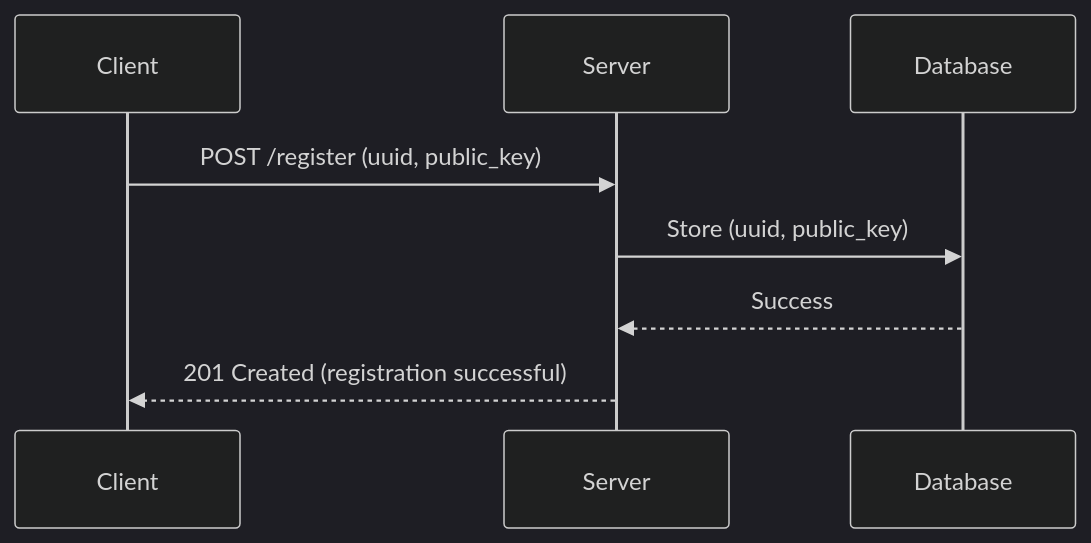
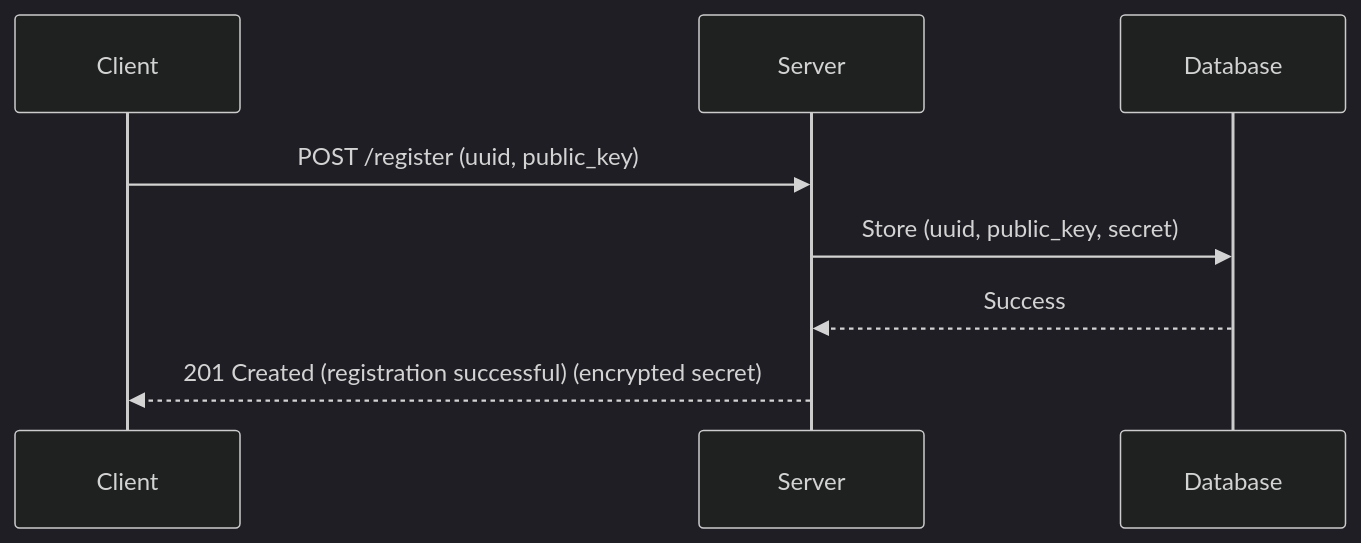
One commit to philippepascal/ict_server changed the first of 4 diagrams in README.md. Above: the diagram before and after it, drawn with Mermaid (dark theme). The commit also changed other lines of this file, not shown here.

````diff
--- a/README.md
+++ b/README.md
@@ -31,11 +41,11 @@
 ```mermaid
 sequenceDiagram
     participant Client
     participant Server
     participant DB as Database
 
     Client->>Server: POST /register (uuid, public_key)
-    Server->>DB: Store (uuid, public_key)
+    Server->>DB: Store (uuid, public_key, secret)
     DB-->>Server: Success
-    Server-->>Client: 201 Created (registration successful)
+    Server-->>Client: 201 Created (registration successful) (encrypted secret)
 ```
````
